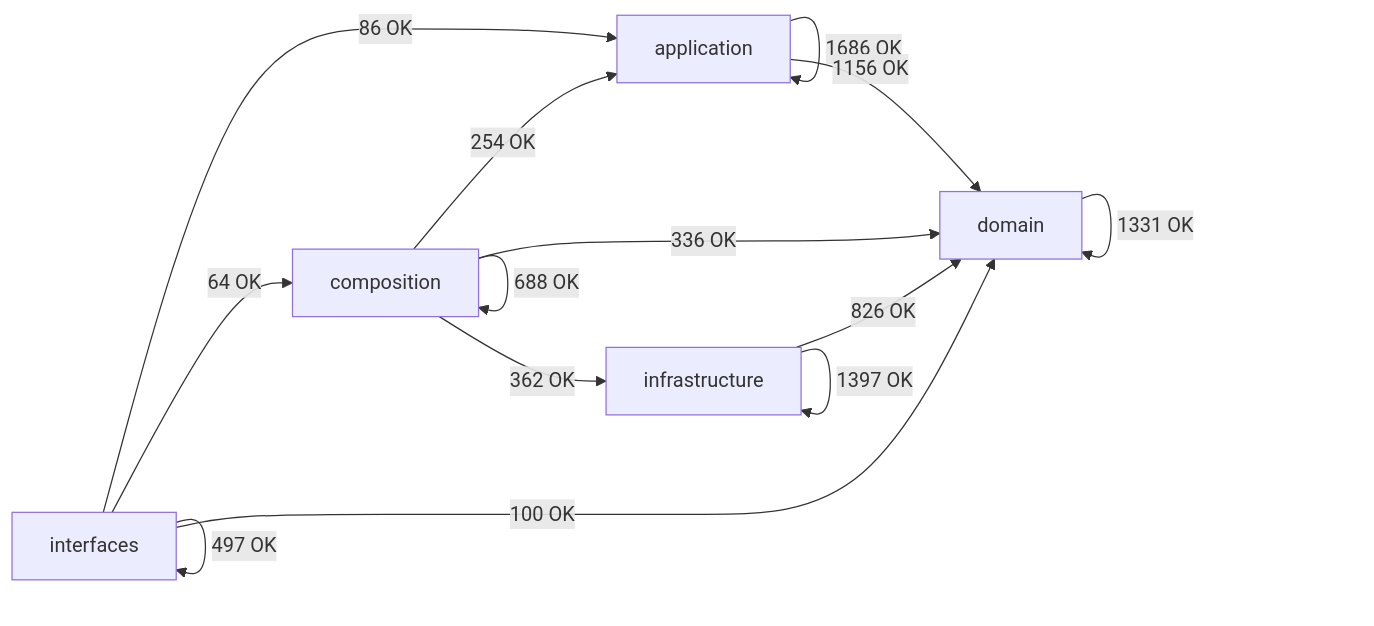
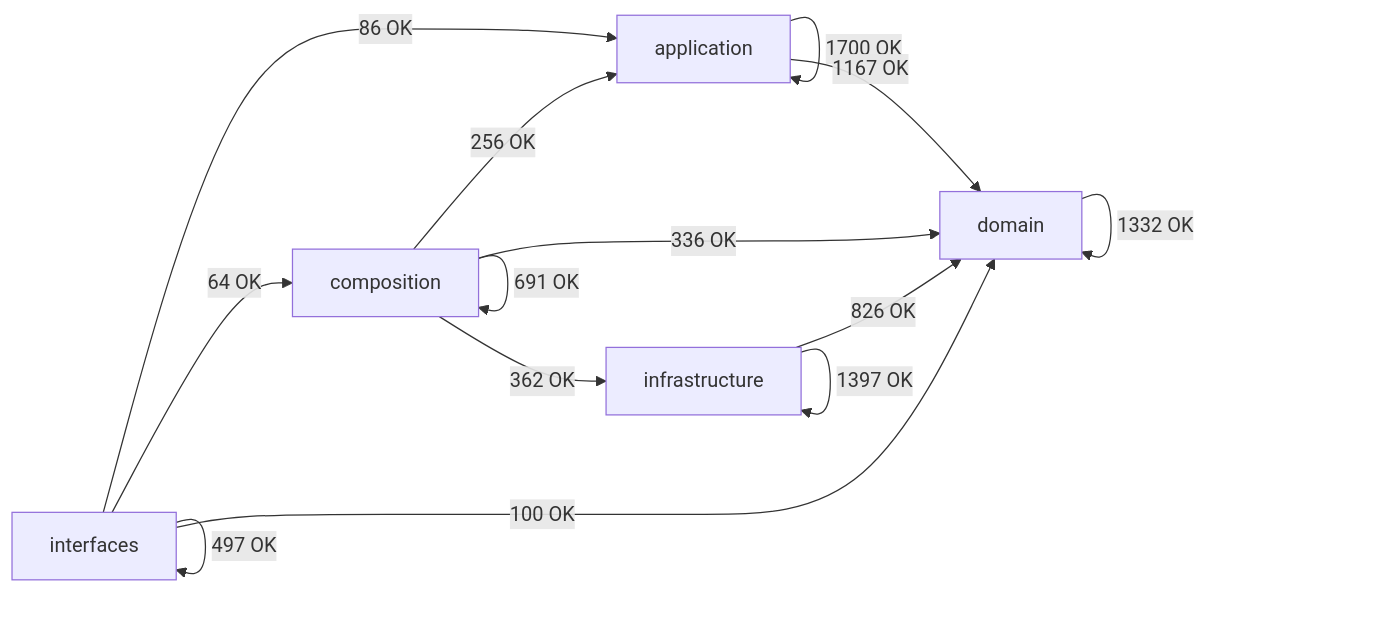
Before and after one commit to SatoryKono/BioactivityDataAcquisition: the diagram in docs/02-architecture/generated/module-dependency-map.md, drawn with Mermaid. The commit also changed other lines of this file and 2 other files, not shown here.

First line of the commit message:
docs(architecture): refresh the dependency map for post-join classification

````diff
--- a/docs/02-architecture/generated/module-dependency-map.md
+++ b/docs/02-architecture/generated/module-dependency-map.md
@@ -17,21 +17,21 @@
 ```mermaid
 flowchart LR
     domain[domain]
     application[application]
     infrastructure[infrastructure]
     composition[composition]
     interfaces[interfaces]
-    application -->|1686 OK| application
-    application -->|1156 OK| domain
-    composition -->|254 OK| application
-    composition -->|688 OK| composition
+    application -->|1700 OK| application
+    application -->|1167 OK| domain
+    composition -->|256 OK| application
+    composition -->|691 OK| composition
     composition -->|336 OK| domain
     composition -->|362 OK| infrastructure
-    domain -->|1331 OK| domain
+    domain -->|1332 OK| domain
     infrastructure -->|826 OK| domain
     infrastructure -->|1397 OK| infrastructure
     interfaces -->|86 OK| application
     interfaces -->|64 OK| composition
     interfaces -->|100 OK| domain
     interfaces -->|497 OK| interfaces
 ```
````
